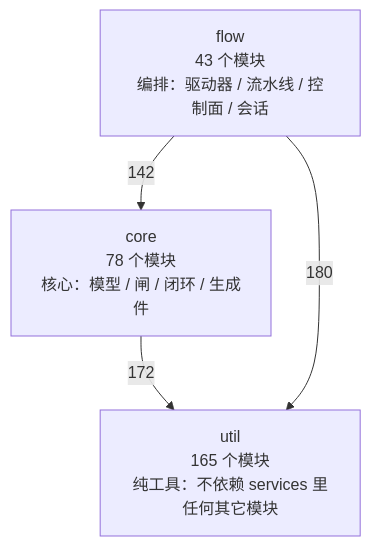
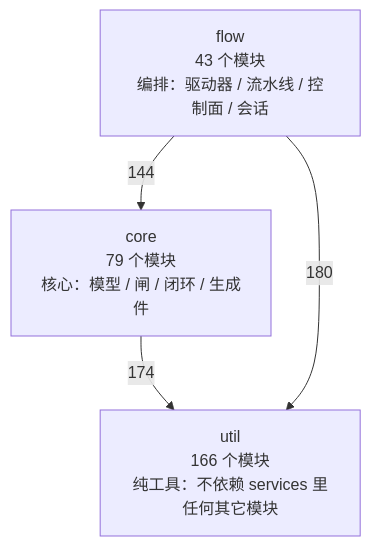
One commit to 2686521696/WhyBuddy changed the first of 4 diagrams in docs/SlideRule V6.2 架构图（自动生成）.md. Above: the diagram before and after it, drawn with Mermaid. The commit also changed other lines of this file and 28 other files, not shown here.

````diff
--- a/docs/SlideRule V6.2 架构图（自动生成）.md
+++ b/docs/SlideRule V6.2 架构图（自动生成）.md
@@ -50,9 +50,9 @@
 ```mermaid
 flowchart TB
-  util["util<br/>165 个模块<br/>纯工具：不依赖 services 里任何其它模块"]
-  core["core<br/>78 个模块<br/>核心：模型 / 闸 / 闭环 / 生成件"]
+  util["util<br/>166 个模块<br/>纯工具：不依赖 services 里任何其它模块"]
+  core["core<br/>79 个模块<br/>核心：模型 / 闸 / 闭环 / 生成件"]
   flow["flow<br/>43 个模块<br/>编排：驱动器 / 流水线 / 控制面 / 会话"]
-  core -->|172| util
-  flow -->|142| core
+  core -->|174| util
+  flow -->|144| core
   flow -->|180| util
 ```
````
